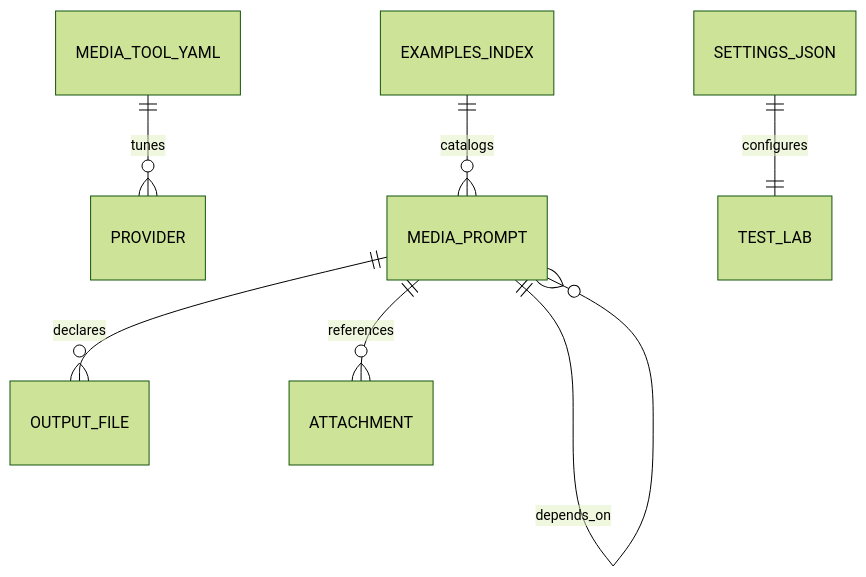
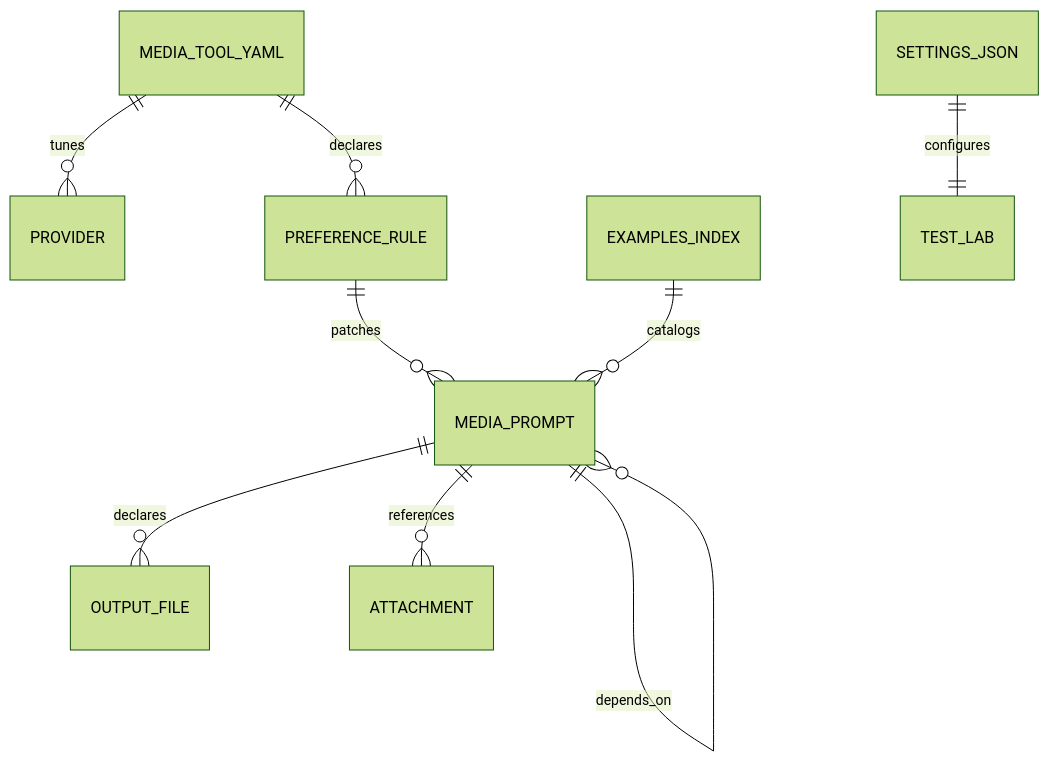
Before and after one commit to the-robot-lives/media-tools: the diagram in docs/PROJ-SCHEMA.summary.md, drawn with Mermaid (forest theme). The commit also changed other lines of this file and 9 other files, not shown here.

First line of the commit message:
docs: doc-sweep 2026-10-26 (layout/arch/schema/threat-model)

````diff
--- a/docs/PROJ-SCHEMA.summary.md
+++ b/docs/PROJ-SCHEMA.summary.md
@@ -18,9 +18,11 @@
 ```mermaid
 erDiagram
     MEDIA_TOOL_YAML ||--o{ PROVIDER : "tunes"
+    MEDIA_TOOL_YAML ||--o{ PREFERENCE_RULE : "declares"
+    PREFERENCE_RULE ||--o{ MEDIA_PROMPT : "patches"
     MEDIA_PROMPT ||--o{ OUTPUT_FILE : "declares"
     MEDIA_PROMPT ||--o{ ATTACHMENT : "references"
     MEDIA_PROMPT ||--o{ MEDIA_PROMPT : "depends_on"
     EXAMPLES_INDEX ||--o{ MEDIA_PROMPT : "catalogs"
     SETTINGS_JSON ||--|| TEST_LAB : "configures"
 ```
````
